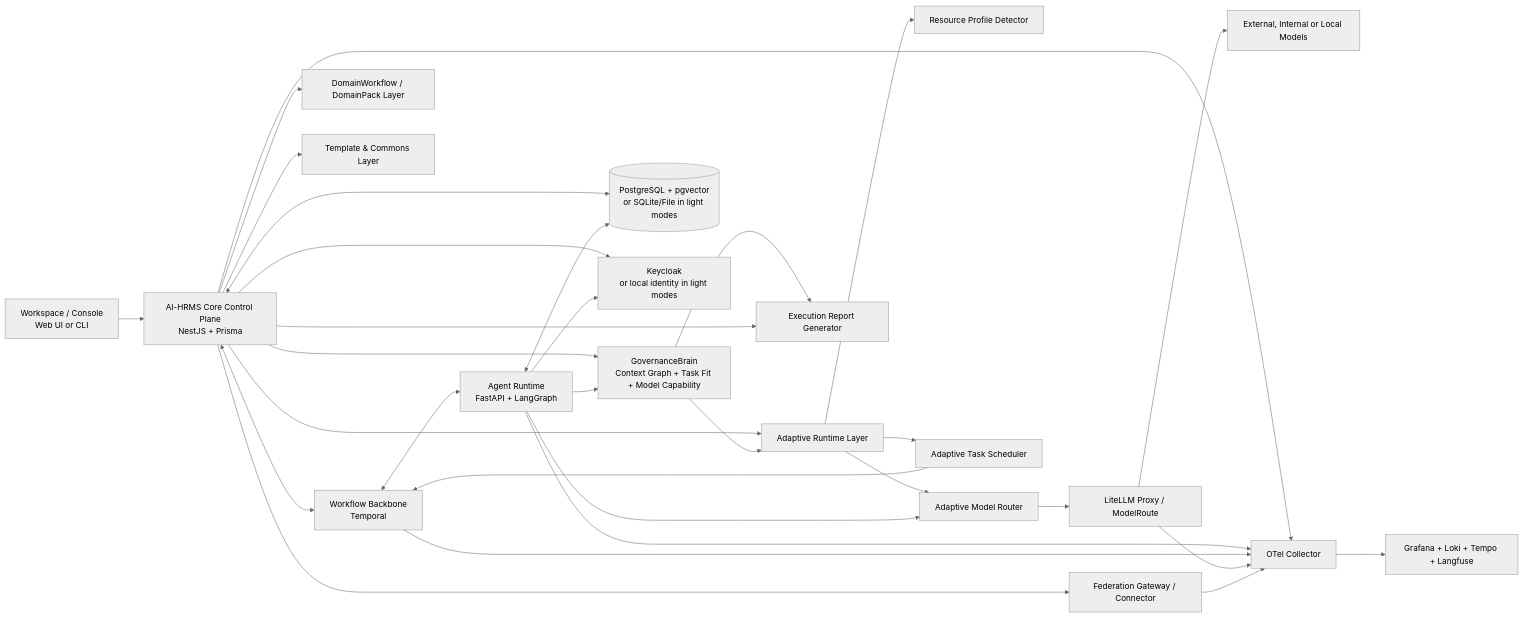
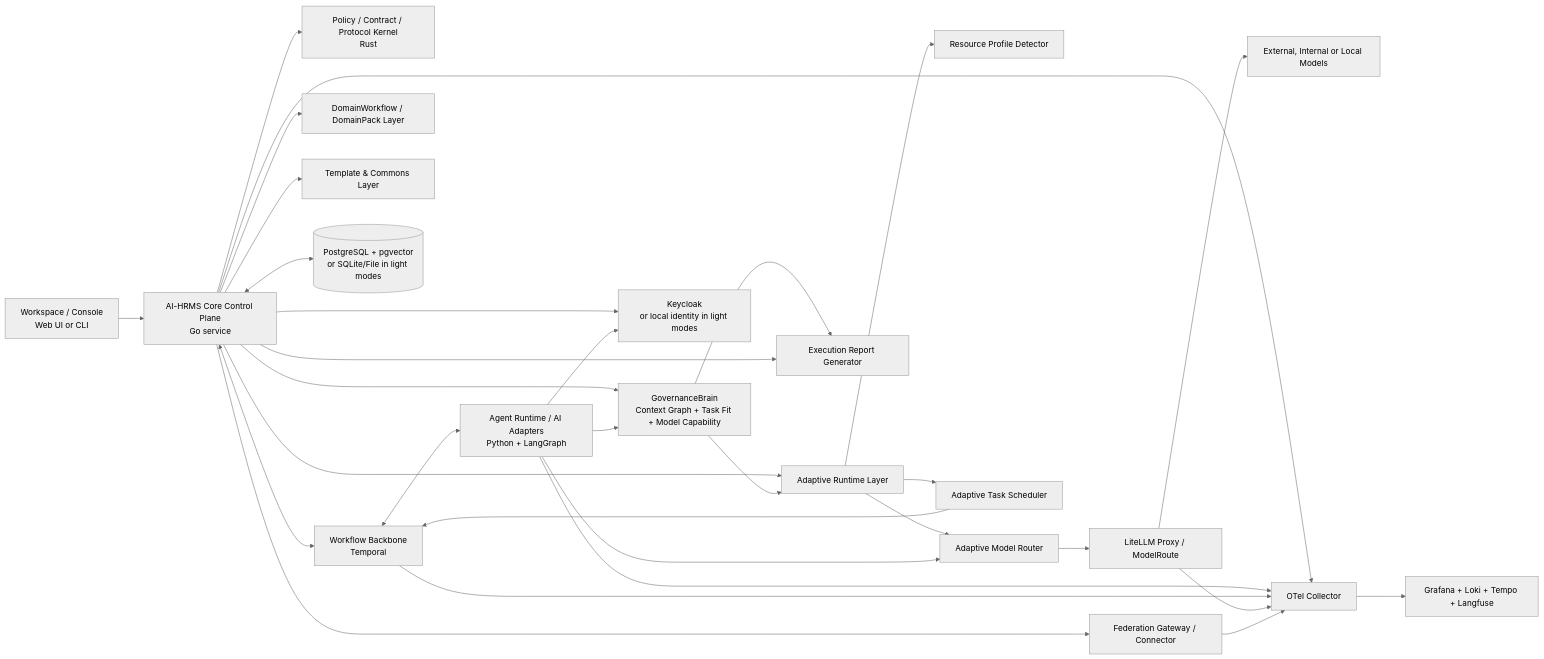
One commit to snowstorm-lightning/FreedomRealm changed the diagram in docs/zh-CN/architecture-blueprint.md. Above: the diagram before and after it, drawn with Mermaid (neutral theme). The commit also changed other lines of this file and 11 other files, not shown here.

Commit message:
docs: record control-plane language direction

````diff
--- a/docs/zh-CN/architecture-blueprint.md
+++ b/docs/zh-CN/architecture-blueprint.md
@@ -7,52 +7,53 @@
 ```mermaid
 flowchart LR
     UI[Workspace / Console<br/>Web UI or CLI]
-    API[AI-HRMS Core Control Plane<br/>NestJS + Prisma]
+    API[AI-HRMS Core Control Plane<br/>Go service]
+    PK[Policy / Contract / Protocol Kernel<br/>Rust]
     WF[Workflow Backbone<br/>Temporal]
-    AR[Agent Runtime<br/>FastAPI + LangGraph]
+    AR[Agent Runtime / AI Adapters<br/>Python + LangGraph]
     AD[Adaptive Runtime Layer]
     GB[GovernanceBrain<br/>Context Graph + Task Fit + Model Capability]
     RP[Resource Profile Detector]
     MR[Adaptive Model Router]
     TS[Adaptive Task Scheduler]
     DP[DomainWorkflow / DomainPack Layer]
     TC[Template & Commons Layer]
     FG[Federation Gateway / Connector]
     ER[Execution Report Generator]
     DB[(PostgreSQL + pgvector<br/>or SQLite/File in light modes)]
     KC[Keycloak<br/>or local identity in light modes]
     GW[LiteLLM Proxy / ModelRoute]
     MP[External, Internal or Local Models]
     OT[OTel Collector]
     OBS[Grafana + Loki + Tempo + Langfuse]
 
     UI --> API
+    API --> PK
     API <--> WF
     WF <--> AR
     API --> AD
     API --> GB
     GB --> AD
     GB --> ER
     AD --> RP
     AD --> MR
     AD --> TS
     MR --> GW
     GW --> MP
     AR --> MR
     AR --> GB
     TS --> WF
     API --> DP
     API --> TC
     API --> FG
     API --> ER
     API <--> DB
-    AR <--> DB
     API --> KC
     AR --> KC
     API --> OT
     AR --> OT
     WF --> OT
     GW --> OT
     FG --> OT
     OT --> OBS
 ```
````
